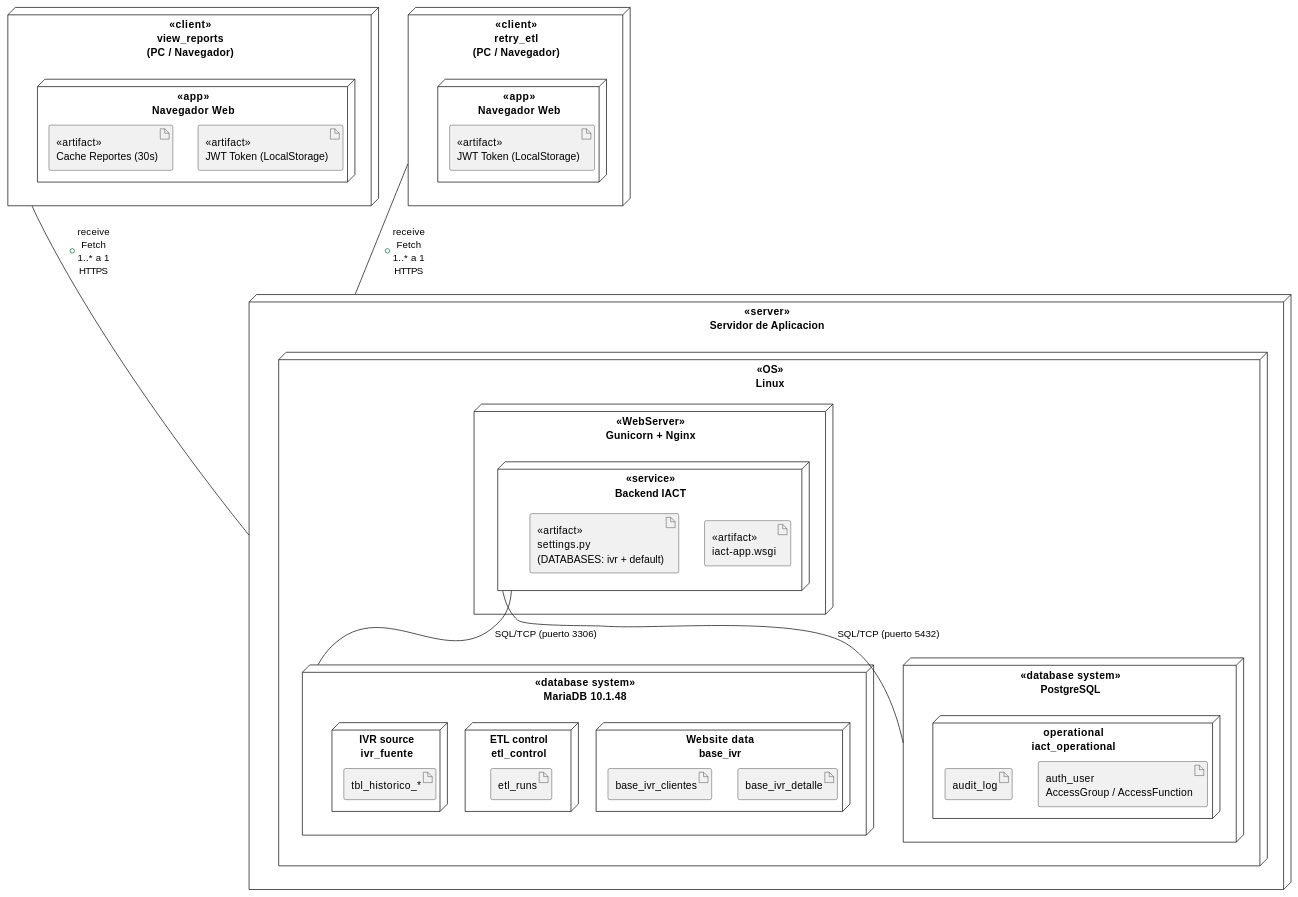
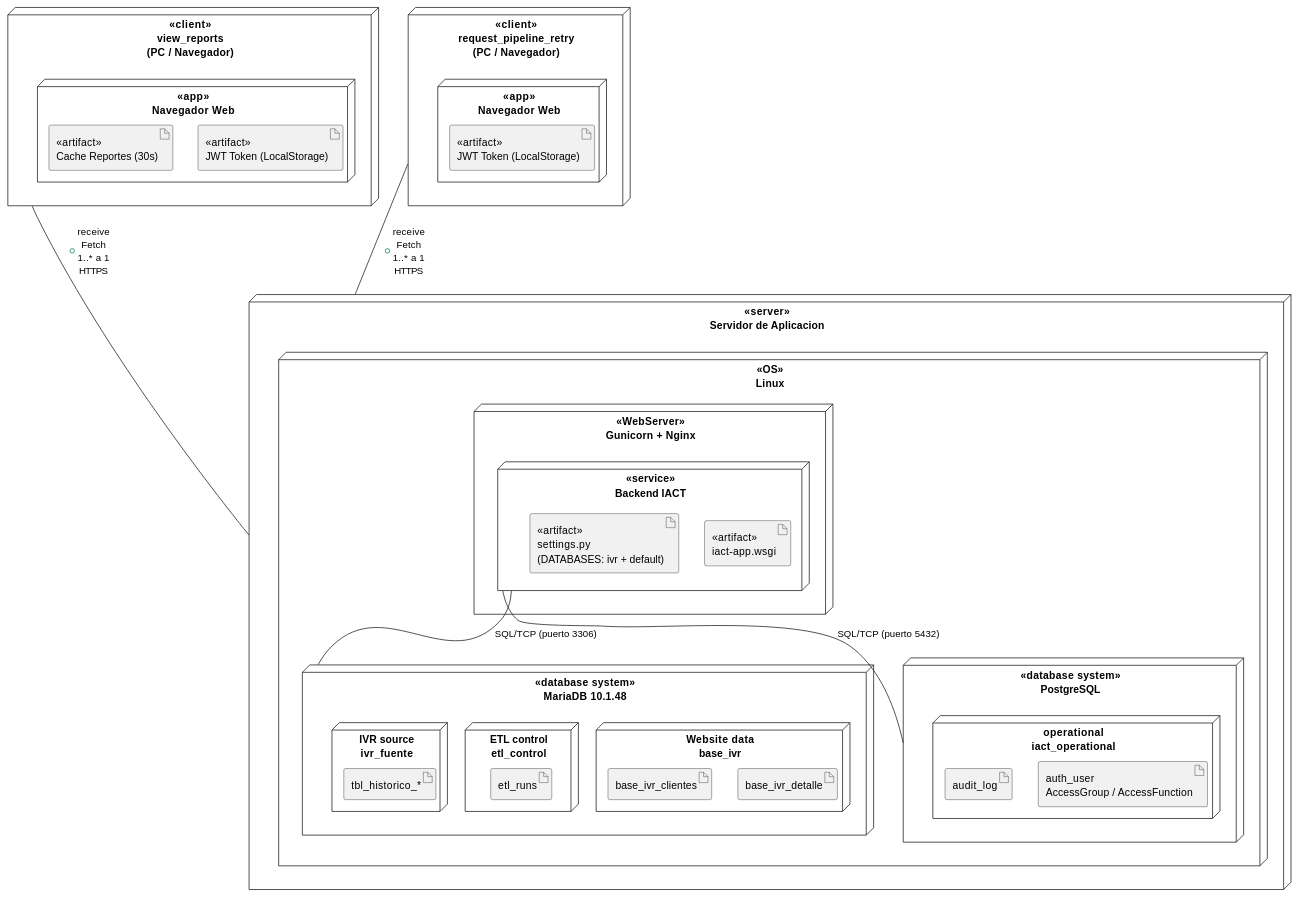
The ninth of 12 diagrams in source/arquitectura-tecnica/diagramas-uml-sistema.rst (jcg-admin/IACT-docs), drawn with PlantUML before and after one commit. The commit also changed other lines of this file and 157 other files, not shown here.

First line of the commit message:
Enforce catalog function names across all diagrams

```diff
--- a/source/arquitectura-tecnica/diagramas-uml-sistema.rst
+++ b/source/arquitectura-tecnica/diagramas-uml-sistema.rst
@@ -767,53 +767,53 @@
 .. uml::
  :caption: Figura 12 — Diagrama de despliegue del Sistema IACT
 
  @startuml
 
  node "<<server>>\nServidor de Aplicacion" as NODE_APP {
    node "<<OS>>\nLinux" as OS_LINUX {
      node "<<WebServer>>\nGunicorn + Nginx" as WEB_SERVER {
        node "<<service>>\nBackend IACT" as IACT_SVC {
          artifact "<<artifact>>\niact-app.wsgi" as ART_WSGI
          artifact "<<artifact>>\nsettings.py\n(DATABASES: ivr + default)" as ART_SETTINGS
        }
      }
      node "<<database system>>\nMariaDB 10.1.48" as NODE_MARIA {
        node "Website data\nbase_ivr" as SCH_BASE {
          artifact "base_ivr_detalle" as DB_DETALLE
          artifact "base_ivr_clientes" as DB_CLIENTES
        }
        node "ETL control\netl_control" as SCH_ETL {
          artifact "etl_runs" as DB_ETLR
        }
        node "IVR source\nivr_fuente" as SCH_FUENTE {
          artifact "tbl_historico_*" as DB_HIST
        }
      }
      node "<<database system>>\nPostgreSQL" as NODE_PG {
        node "operational\niact_operational" as SCH_PG {
          artifact "auth_user\nAccessGroup / AccessFunction" as DB_USERS
          artifact "audit_log" as DB_AUDIT
        }
      }
    }
  }
 
  node "<<client>>\nview_reports\n(PC / Navegador)" as NODE_RVG {
    node "<<app>>\nNavegador Web" as BROWSER_RVG {
      artifact "<<artifact>>\nJWT Token (LocalStorage)" as ART_JWT_RVG
      artifact "<<artifact>>\nCache Reportes (30s)" as ART_CACHE_RVG
    }
  }
 
- node "<<client>>\nretry_etl\n(PC / Navegador)" as NODE_PAG {
+ node "<<client>>\nrequest_pipeline_retry\n(PC / Navegador)" as NODE_PAG {
    node "<<app>>\nNavegador Web" as BROWSER_PAG {
      artifact "<<artifact>>\nJWT Token (LocalStorage)" as ART_JWT_PAG
    }
  }
 
  NODE_RVG -- NODE_APP : +receive\nFetch\n1..* a 1\nHTTPS
  NODE_PAG -- NODE_APP : +receive\nFetch\n1..* a 1\nHTTPS
  IACT_SVC -- NODE_MARIA : SQL/TCP (puerto 3306)
  IACT_SVC -- NODE_PG : SQL/TCP (puerto 5432)
 
  @enduml
```
